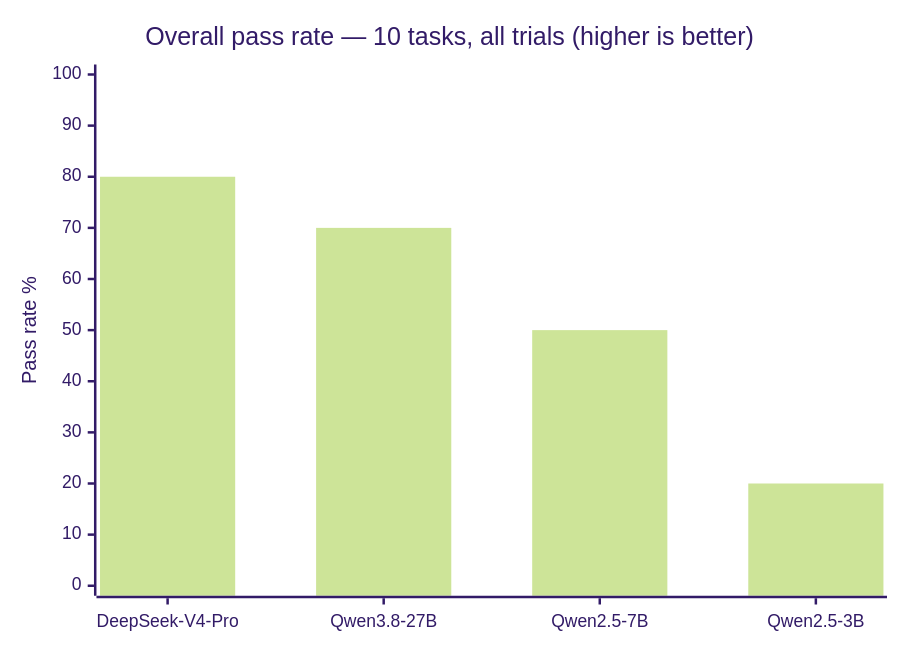
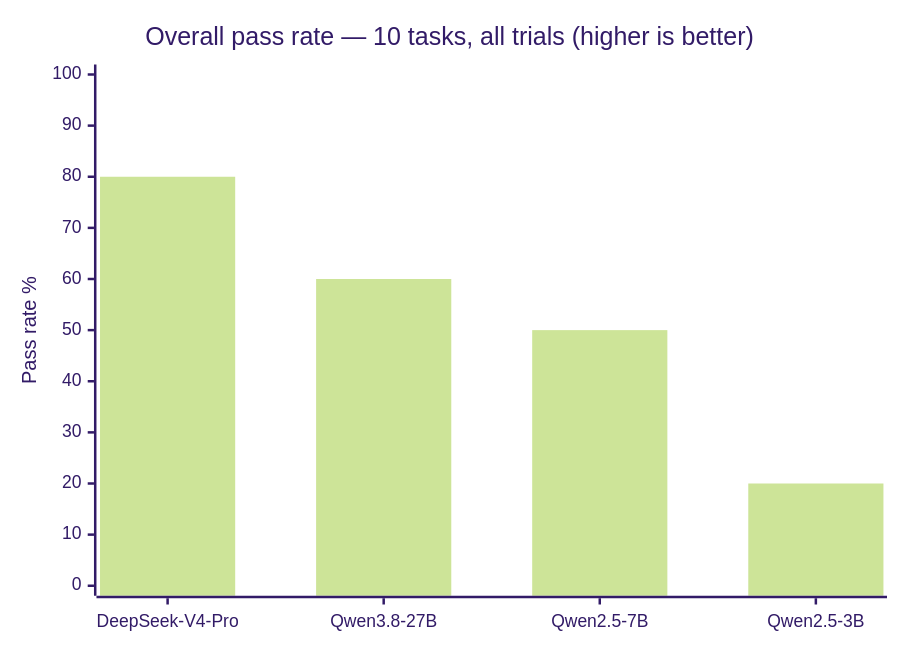
The diagram in README.md (MaahinVPanchal/safe-repair-eval), drawn with Mermaid (forest theme) before and after one commit. The commit also changed other lines of this file, not shown here.

````diff
--- a/README.md
+++ b/README.md
@@ -180,7 +180,7 @@
 ```mermaid
 xychart-beta
     title "Overall pass rate — 10 tasks, all trials (higher is better)"
     x-axis ["DeepSeek-V4-Pro", "Qwen3.8-27B", "Qwen2.5-7B", "Qwen2.5-3B"]
     y-axis "Pass rate %" 0 --> 100
-    bar [80, 70, 50, 20]
+    bar [80, 60, 50, 20]
 ```
````
